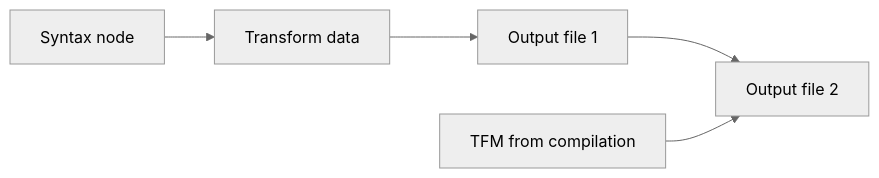
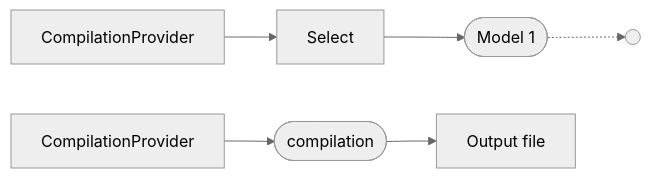
One commit to KathleenDollard/incremental-samples changed the second of 2 diagrams in docs/performance-guidelines.md. Above: the diagram before and after it, drawn with Mermaid (neutral theme). The commit also changed other lines of this file and 2 other files, not shown here.

````diff
--- a/docs/performance-guidelines.md
+++ b/docs/performance-guidelines.md
@@ -80,10 +91,12 @@
 ```mermaid
 flowchart LR
-    syntax[Syntax node]
-    compilation[TFM from compilation]
-    transform[Transform data]
-    file1[Output file 1]
-    file2[Output file 2]
-    syntax-->transform-->file1-->file2
-    compilation-->file2
+    syntax[CompilationProvider]
+    model1([Model 1])
+    file1(( ))
+    syntax-->Select-->model1-.->file1
+
+    compilationProvider[CompilationProvider]
+    compilation([compilation])
+    file2[Output file]
+    compilationProvider-->compilation-->file2
 ```
````
